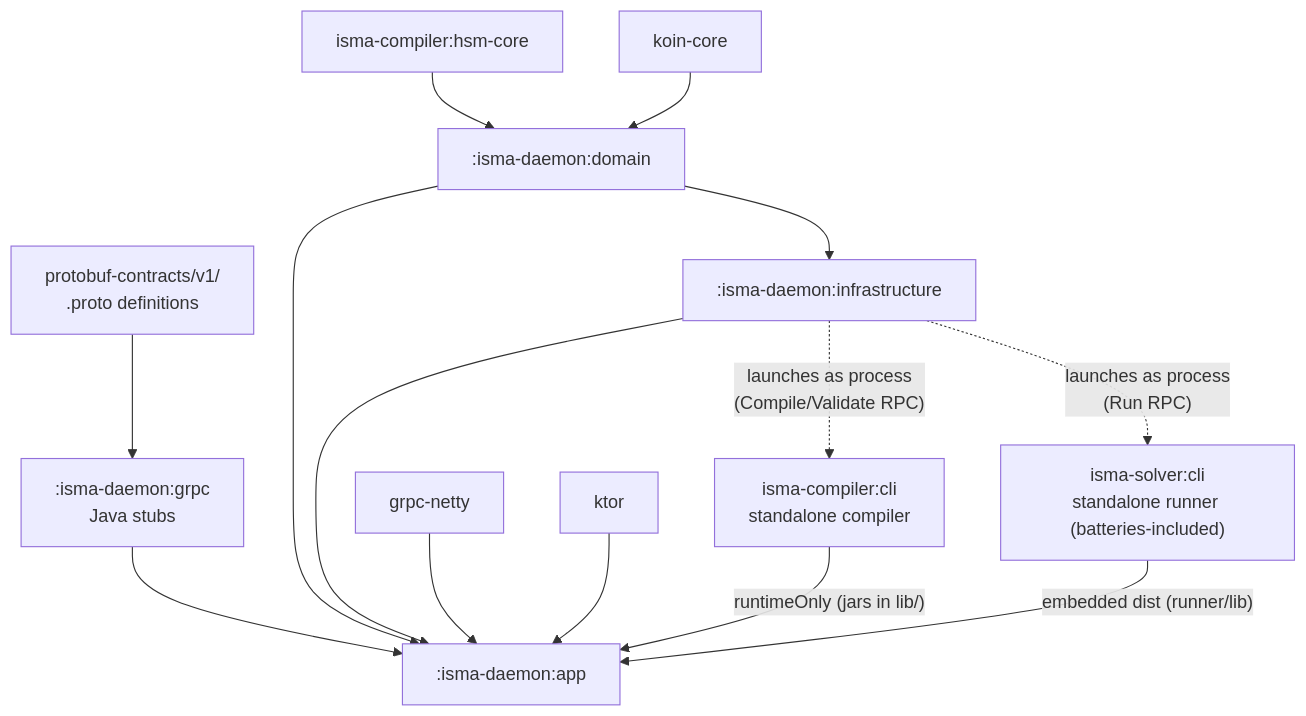
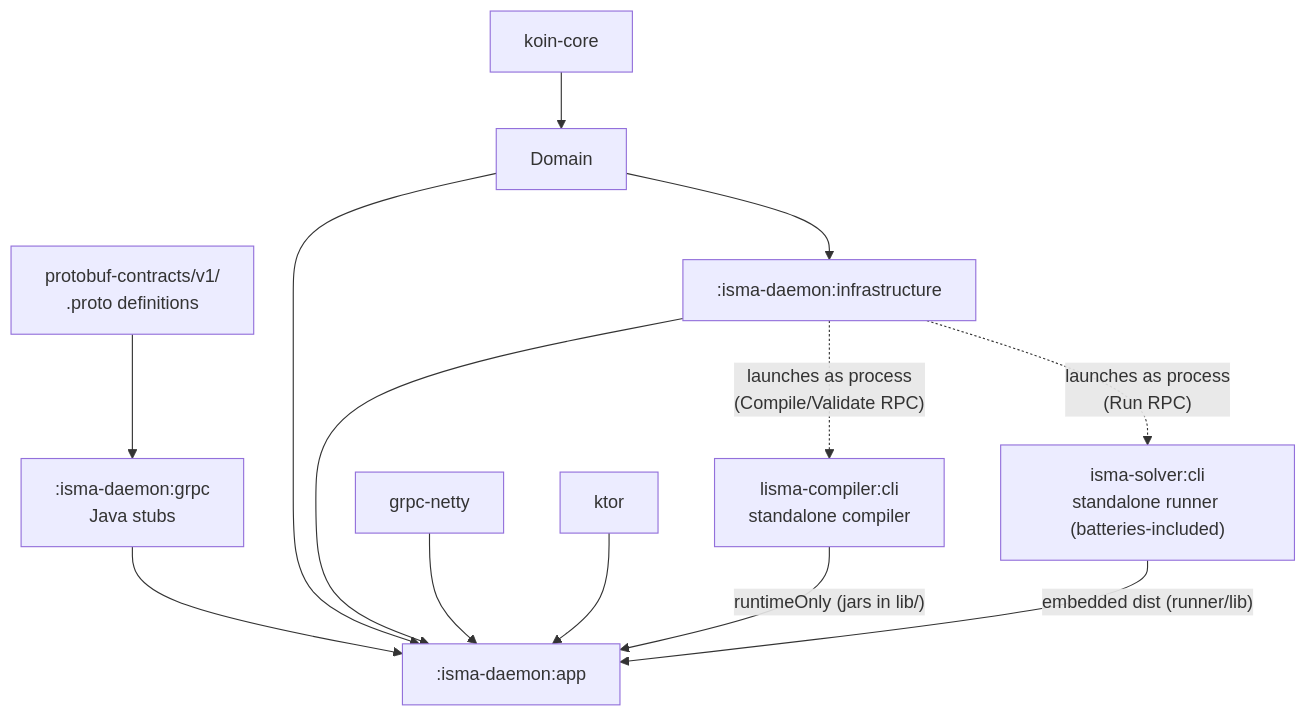
The second of 4 diagrams in docs/isma-daemon/01-overview.md (SmallBossGames/isma), drawn with Mermaid before and after one commit. The commit also changed other lines of this file and 140 other files, not shown here.

Commit message:
Compiler runtime separation

````diff
--- a/docs/isma-daemon/01-overview.md
+++ b/docs/isma-daemon/01-overview.md
@@ -81,16 +81,15 @@
 ```mermaid
 graph TD
     Proto["protobuf-contracts/v1/\n.proto definitions"] --> Grpc[":isma-daemon:grpc\nJava stubs"]
-    HsmCore["isma-compiler:hsm-core"] --> Domain[":isma-daemon:domain"]
     Koin["koin-core"] --> Domain
     Domain --> Infra[":isma-daemon:infrastructure"]
     Grpc --> App[":isma-daemon:app"]
     Domain --> App
     Infra --> App
     GrpcLib["grpc-netty"] --> App
     Ktor["ktor"] --> App
-    Cli["isma-compiler:cli\nstandalone compiler"] -->|"runtimeOnly (jars in lib/)"| App
+    Cli["lisma-compiler:cli\nstandalone compiler"] -->|"runtimeOnly (jars in lib/)"| App
     Runner["isma-solver:cli\nstandalone runner (batteries-included)"] -->|"embedded dist (runner/lib)"| App
     Infra -.->|"launches as process\n(Compile/Validate RPC)"| Cli
     Infra -.->|"launches as process\n(Run RPC)"| Runner
 ```
````
